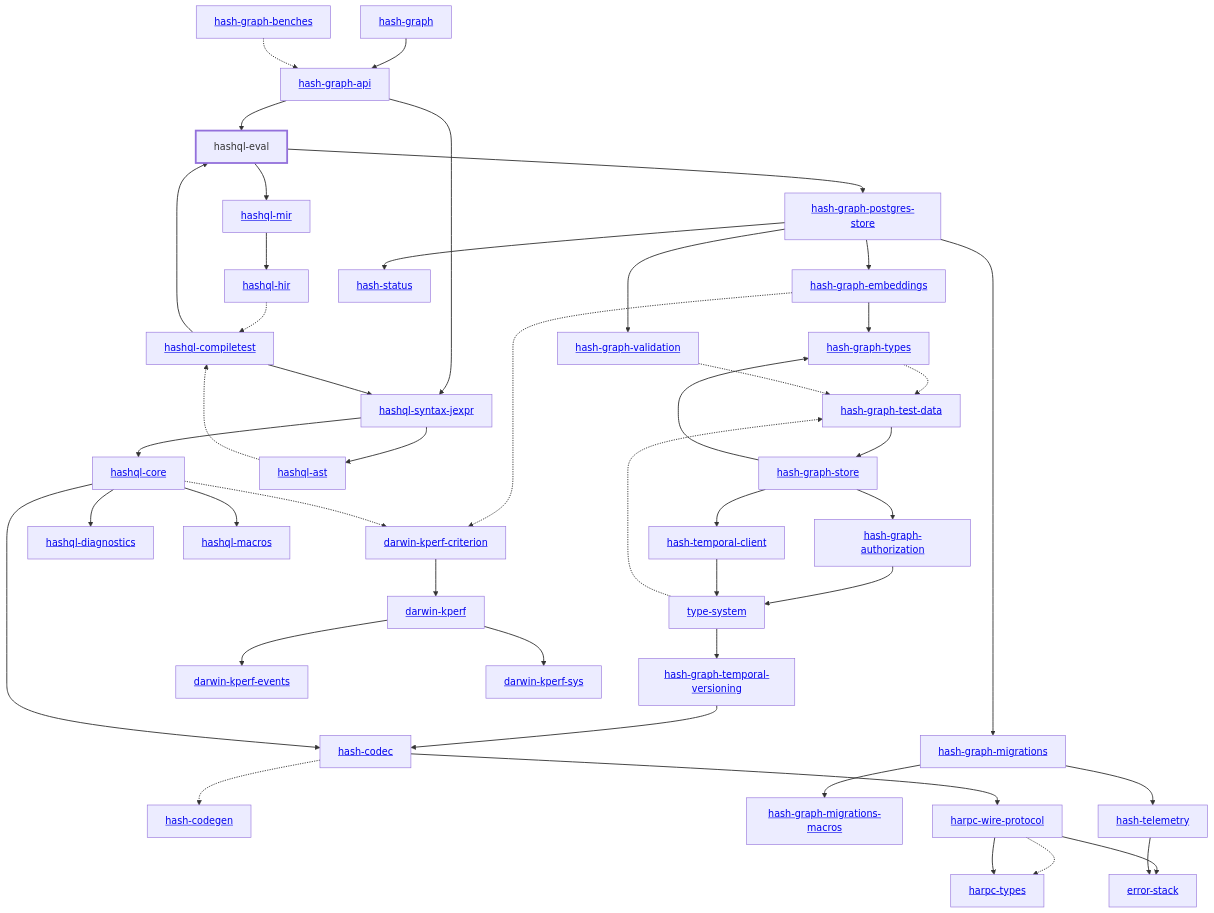
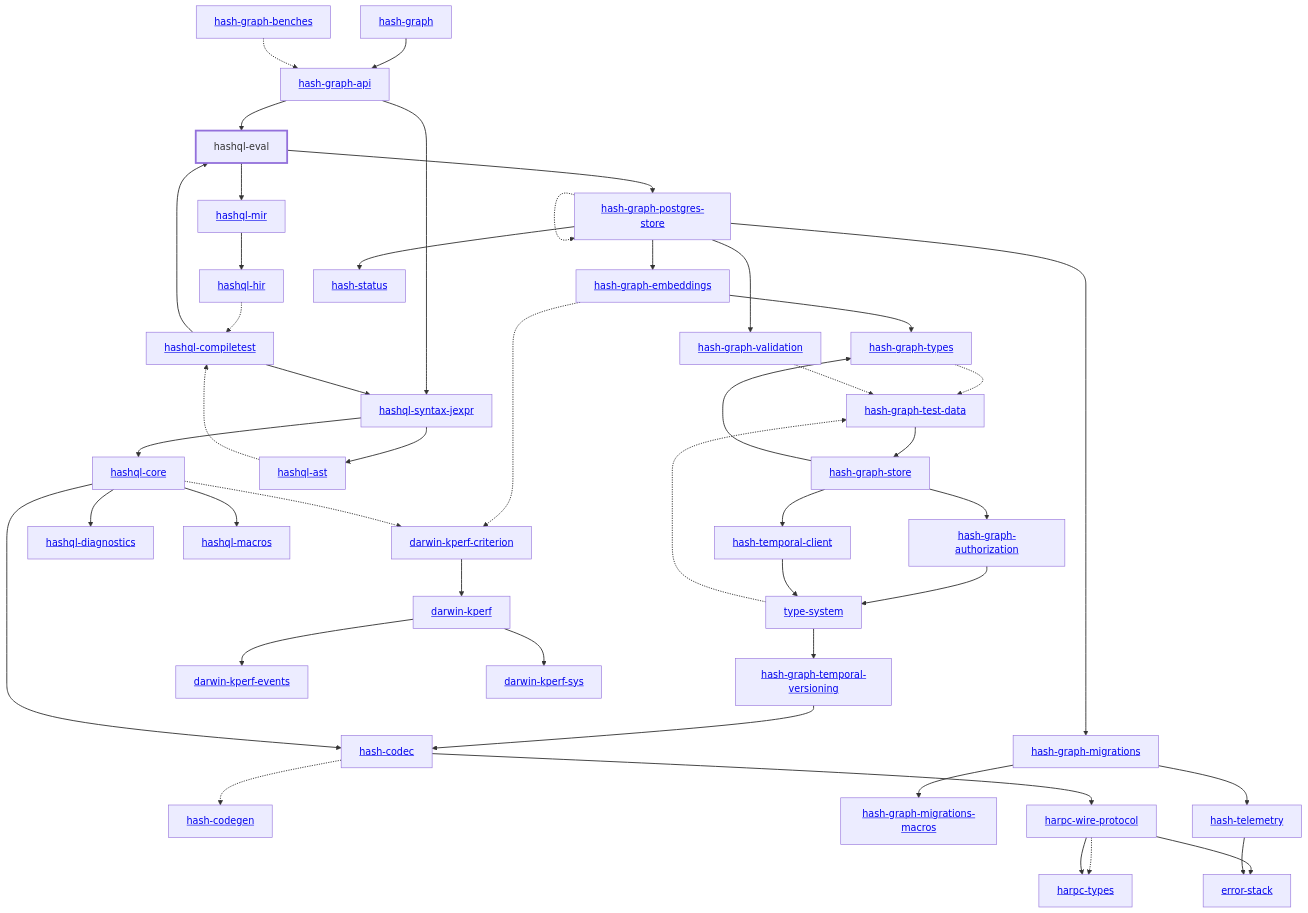
One commit to hashintel/hash changed the diagram in libs/@local/hashql/eval/docs/dependency-diagram.mmd. Above: the diagram before and after it, drawn with Mermaid. The commit also changed 28 other files, not shown here.

```diff
--- a/libs/@local/hashql/eval/docs/dependency-diagram.mmd
+++ b/libs/@local/hashql/eval/docs/dependency-diagram.mmd
@@ -1,91 +1,92 @@
 graph TD
     linkStyle default stroke-width:1.5px
     classDef default stroke-width:1px
     classDef root stroke-width:3px
     classDef dev stroke-width:1px
     classDef build stroke-width:1px
     %% Legend
     %% --> : Normal dependency
     %% -.-> : Dev dependency
     %% ---> : Build dependency
     0[<a href="../hash_graph/index.html">hash-graph</a>]
     1[<a href="../type_system/index.html">type-system</a>]
     2[<a href="../hash_codec/index.html">hash-codec</a>]
     3[<a href="../hash_codegen/index.html">hash-codegen</a>]
     4[<a href="../hash_graph_api/index.html">hash-graph-api</a>]
     5[<a href="../hash_graph_authorization/index.html">hash-graph-authorization</a>]
     6[<a href="../hash_graph_embeddings/index.html">hash-graph-embeddings</a>]
     7[<a href="../hash_graph_migrations/index.html">hash-graph-migrations</a>]
     8[<a href="../hash_graph_migrations_macros/index.html">hash-graph-migrations-macros</a>]
     9[<a href="../hash_graph_postgres_store/index.html">hash-graph-postgres-store</a>]
     10[<a href="../hash_graph_store/index.html">hash-graph-store</a>]
     11[<a href="../hash_graph_temporal_versioning/index.html">hash-graph-temporal-versioning</a>]
     12[<a href="../hash_graph_types/index.html">hash-graph-types</a>]
     13[<a href="../hash_graph_validation/index.html">hash-graph-validation</a>]
     14[<a href="../harpc_types/index.html">harpc-types</a>]
     15[<a href="../harpc_wire_protocol/index.html">harpc-wire-protocol</a>]
     16[<a href="../hashql_ast/index.html">hashql-ast</a>]
     17[<a href="../hashql_compiletest/index.html">hashql-compiletest</a>]
     18[<a href="../hashql_core/index.html">hashql-core</a>]
     19[<a href="../hashql_diagnostics/index.html">hashql-diagnostics</a>]
     20[hashql-eval]
     class 20 root
     21[<a href="../hashql_hir/index.html">hashql-hir</a>]
     22[<a href="../hashql_macros/index.html">hashql-macros</a>]
     23[<a href="../hashql_mir/index.html">hashql-mir</a>]
     24[<a href="../hashql_syntax_jexpr/index.html">hashql-syntax-jexpr</a>]
     25[<a href="../hash_status/index.html">hash-status</a>]
     26[<a href="../hash_telemetry/index.html">hash-telemetry</a>]
     27[<a href="../hash_temporal_client/index.html">hash-temporal-client</a>]
     28[<a href="../darwin_kperf/index.html">darwin-kperf</a>]
     29[<a href="../darwin_kperf_criterion/index.html">darwin-kperf-criterion</a>]
     30[<a href="../darwin_kperf_events/index.html">darwin-kperf-events</a>]
     31[<a href="../darwin_kperf_sys/index.html">darwin-kperf-sys</a>]
     32[<a href="../error_stack/index.html">error-stack</a>]
     33[<a href="../hash_graph_benches/index.html">hash-graph-benches</a>]
     34[<a href="../hash_graph_test_data/index.html">hash-graph-test-data</a>]
     0 --> 4
     1 --> 11
     1 -.-> 34
     2 -.-> 3
     2 --> 15
     4 --> 20
     4 --> 24
     5 --> 1
     6 --> 12
     6 -.-> 29
     7 --> 8
     7 --> 26
     9 --> 6
     9 --> 7
+    9 -.-> 9
     9 --> 13
     9 --> 25
     10 --> 5
     10 --> 12
     10 --> 27
     11 --> 2
     12 -.-> 34
     13 -.-> 34
     15 -.-> 14
     15 --> 14
     15 --> 32
     16 -.-> 17
     17 --> 20
     17 --> 24
     18 --> 2
     18 --> 19
     18 --> 22
     18 -.-> 29
     20 --> 9
     20 --> 23
     21 -.-> 17
     23 --> 21
     24 --> 16
     24 --> 18
     26 --> 32
     27 --> 1
     28 --> 30
     28 --> 31
     29 --> 28
     33 -.-> 4
     34 --> 10
```
